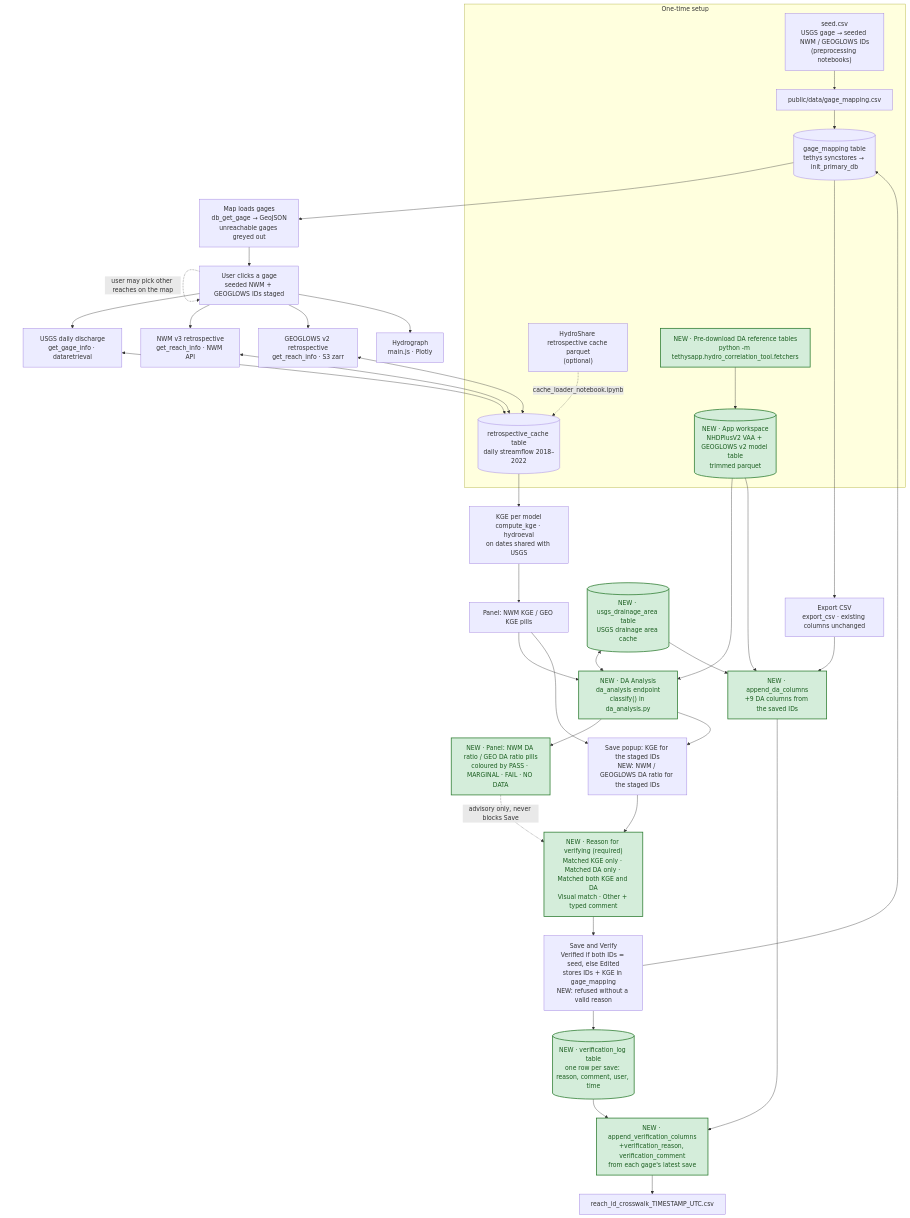
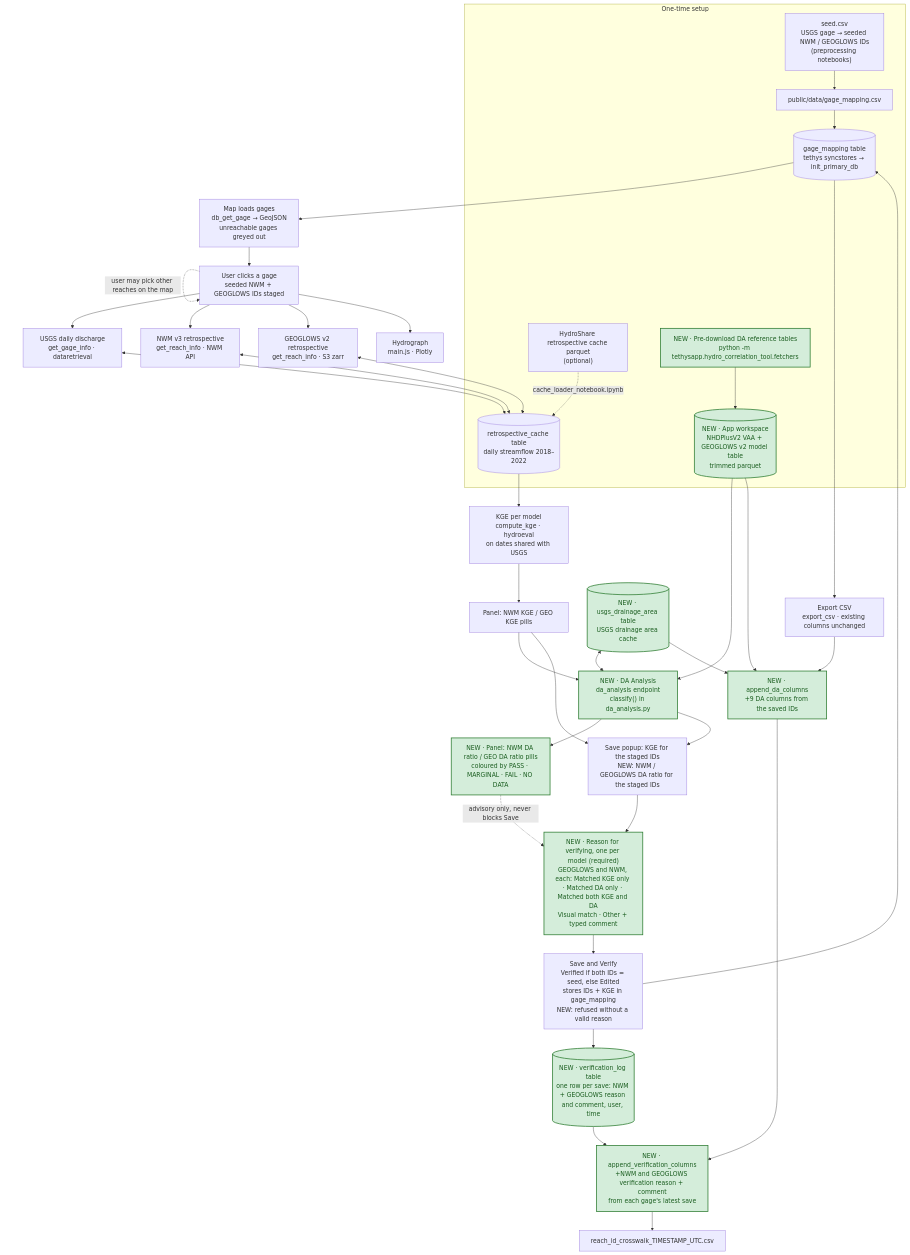
The diagram in docs/methodology.md (gwenhover/hydro-correlation-tool), drawn with Mermaid before and after one commit. The commit also changed other lines of this file and 6 other files, not shown here.

First line of the commit message:
Ask for a verification reason per model; cite NHDPlusV2 field definitions

````diff
--- a/docs/methodology.md
+++ b/docs/methodology.md
@@ -7,53 +7,53 @@
 ```mermaid
 flowchart TD
     subgraph SETUP["One-time setup"]
         SEED["seed.csv<br/>USGS gage → seeded NWM / GEOGLOWS IDs<br/>(preprocessing notebooks)"]
         MAPCSV["public/data/gage_mapping.csv"]
         DB[("gage_mapping table<br/>tethys syncstores → init_primary_db")]
         HS["HydroShare retrospective cache parquet<br/>(optional)"]
         CACHE[("retrospective_cache table<br/>daily streamflow 2018–2022")]
         DAPRE["NEW · Pre-download DA reference tables<br/>python -m tethysapp.hydro_correlation_tool.fetchers"]
         DAREF[("NEW · App workspace<br/>NHDPlusV2 VAA + GEOGLOWS v2 model table<br/>trimmed parquet")]
         SEED --> MAPCSV --> DB
         HS -. "cache_loader_notebook.ipynb" .-> CACHE
         DAPRE --> DAREF
     end
 
     DB --> MAP["Map loads gages<br/>db_get_gage → GeoJSON<br/>unreachable gages greyed out"]
     MAP --> CLICK["User clicks a gage<br/>seeded NWM + GEOGLOWS IDs staged"]
     CLICK -. "user may pick other reaches on the map" .-> CLICK
 
     CLICK --> USGS["USGS daily discharge<br/>get_gage_info · dataretrieval"]
     CLICK --> NWM["NWM v3 retrospective<br/>get_reach_info · NWM API"]
     CLICK --> GEO["GEOGLOWS v2 retrospective<br/>get_reach_info · S3 zarr"]
     USGS <--> CACHE
     NWM <--> CACHE
     GEO <--> CACHE
     CLICK --> HYDRO["Hydrograph<br/>main.js · Plotly"]
 
     CACHE --> KGE["KGE per model<br/>compute_kge · hydroeval<br/>on dates shared with USGS"]
     KGE --> KGEPILLS["Panel: NWM KGE / GEO KGE pills"]
     KGEPILLS --> DA["NEW · DA Analysis<br/>da_analysis endpoint<br/>classify() in da_analysis.py"]
     DAREF --> DA
     USGSDA[("NEW · usgs_drainage_area table<br/>USGS drainage area cache")] <--> DA
     DA --> DAPILLS["NEW · Panel: NWM DA ratio / GEO DA ratio pills<br/>coloured by PASS · MARGINAL · FAIL · NO DATA"]
 
     KGEPILLS --> SAVEPOP["Save popup: KGE for the staged IDs<br/>NEW: NWM / GEOGLOWS DA ratio for the staged IDs"]
     DA --> SAVEPOP
-    SAVEPOP --> REASON["NEW · Reason for verifying (required)<br/>Matched KGE only · Matched DA only · Matched both KGE and DA<br/>Visual match · Other + typed comment"]
+    SAVEPOP --> REASON["NEW · Reason for verifying, one per model (required)<br/>GEOGLOWS and NWM, each: Matched KGE only · Matched DA only · Matched both KGE and DA<br/>Visual match · Other + typed comment"]
     DAPILLS -. "advisory only, never blocks Save" .-> REASON
     REASON --> SAVE["Save and Verify<br/>Verified if both IDs = seed, else Edited<br/>stores IDs + KGE in gage_mapping<br/>NEW: refused without a valid reason"]
     SAVE --> DB
-    SAVE --> VLOG[("NEW · verification_log table<br/>one row per save: reason, comment, user, time")]
+    SAVE --> VLOG[("NEW · verification_log table<br/>one row per save: NWM + GEOGLOWS reason and comment, user, time")]
 
     DB --> EXPORT["Export CSV<br/>export_csv · existing columns unchanged"]
     EXPORT --> DACOLS["NEW · append_da_columns<br/>+9 DA columns from the saved IDs"]
     DAREF --> DACOLS
     USGSDA --> DACOLS
-    DACOLS --> VCOLS["NEW · append_verification_columns<br/>+verification_reason, verification_comment<br/>from each gage's latest save"]
+    DACOLS --> VCOLS["NEW · append_verification_columns<br/>+NWM and GEOGLOWS verification reason + comment<br/>from each gage's latest save"]
     VLOG --> VCOLS
     VCOLS --> CSV["reach_id_crosswalk_TIMESTAMP_UTC.csv"]
 
     classDef new fill:#d4edda,stroke:#2e7d32,stroke-width:2px,color:#1b5e20;
     class DAPRE,DAREF,DA,USGSDA,DAPILLS,DACOLS,REASON,VLOG,VCOLS new;
 ```
````
